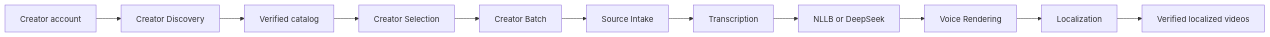
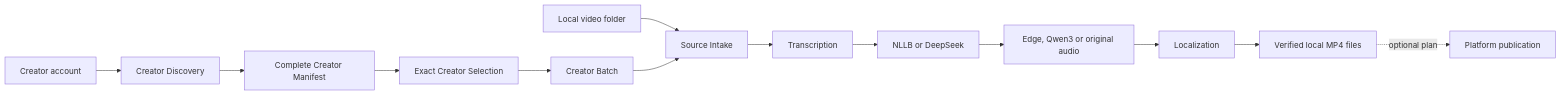
Before and after one commit to wohuishuo/cc-video-pipeline: the diagram in apps/video-graph-studio/README.md, drawn with Mermaid. The commit also changed other lines of this file and 35 other files, not shown here.

First line of the commit message:
feat: deliver the local-first creator workflow (#28)

````diff
--- a/apps/video-graph-studio/README.md
+++ b/apps/video-graph-studio/README.md
@@ -48,13 +38,15 @@
 ```mermaid
 flowchart LR
-    U["Creator account"] --> D["Creator Discovery"]
-    D --> C["Verified catalog"]
-    C --> S["Creator Selection"]
+    A["Creator account"] --> D["Creator Discovery"]
+    D --> C["Complete Creator Manifest"]
+    C --> S["Exact Creator Selection"]
+    F["Local video folder"] --> I["Source Intake"]
     S --> B["Creator Batch"]
-    B --> I["Source Intake"]
-    I --> A["Transcription"]
-    A --> T["NLLB or DeepSeek"]
-    T --> V["Voice Rendering"]
+    B --> I
+    I --> R["Transcription"]
+    R --> T["NLLB or DeepSeek"]
+    T --> V["Edge, Qwen3 or original audio"]
     V --> L["Localization"]
-    L --> O["Verified localized videos"]
+    L --> O["Verified local MP4 files"]
+    O -. "optional plan" .-> P["Platform publication"]
 ```
````
